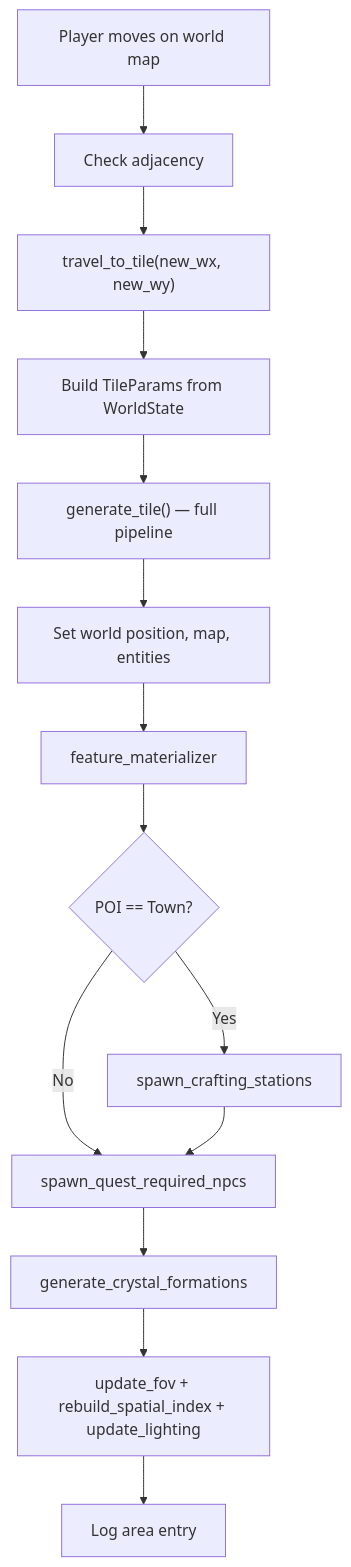
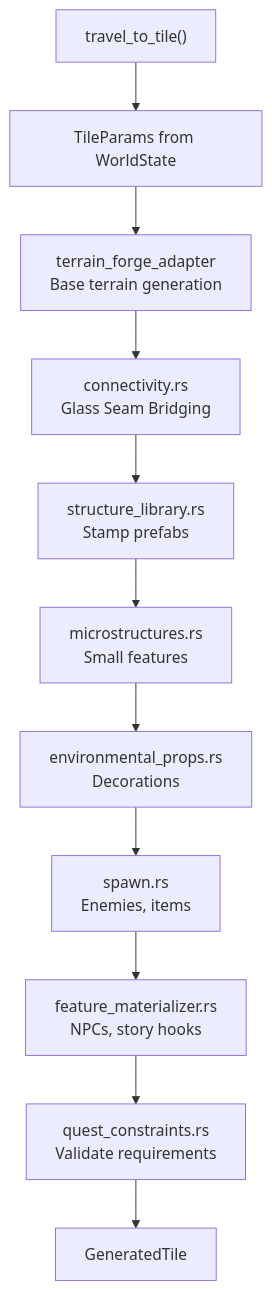
One commit to EliasVahlberg/saltglass-steppe changed the sixth of 9 diagrams in .agents/summary/workflows.md. Above: the diagram before and after it, drawn with Mermaid. The commit also changed other lines of this file and 16 other files, not shown here.

````diff
--- a/.agents/summary/workflows.md
+++ b/.agents/summary/workflows.md
@@ -113,16 +127,13 @@
 ```mermaid
-graph TD
-    A["Player moves on world map"] --> B["Check adjacency"]
-    B --> C["travel_to_tile(new_wx, new_wy)"]
-    C --> D["Build TileParams from WorldState"]
-    D --> E["generate_tile() — full pipeline"]
-    E --> F["Set world position, map, entities"]
-    F --> G["feature_materializer"]
-    G --> H{"POI == Town?"}
-    H -->|Yes| I["spawn_crafting_stations"]
-    H -->|No| J["spawn_quest_required_npcs"]
-    I --> J
-    J --> K["generate_crystal_formations"]
-    K --> L["update_fov + rebuild_spatial_index + update_lighting"]
-    L --> M["Log area entry"]
+graph TB
+    START["travel_to_tile()"] --> PARAMS["TileParams from WorldState"]
+    PARAMS --> TFA["terrain_forge_adapter<br/>Base terrain generation"]
+    TFA --> CONN["connectivity.rs<br/>Glass Seam Bridging"]
+    CONN --> STRUCT["structure_library.rs<br/>Stamp prefabs"]
+    STRUCT --> MICRO["microstructures.rs<br/>Small features"]
+    MICRO --> PROPS["environmental_props.rs<br/>Decorations"]
+    PROPS --> SPAWN["spawn.rs<br/>Enemies, items"]
+    SPAWN --> FEAT["feature_materializer.rs<br/>NPCs, story hooks"]
+    FEAT --> QUEST["quest_constraints.rs<br/>Validate requirements"]
+    QUEST --> DONE["GeneratedTile"]
 ```
````
